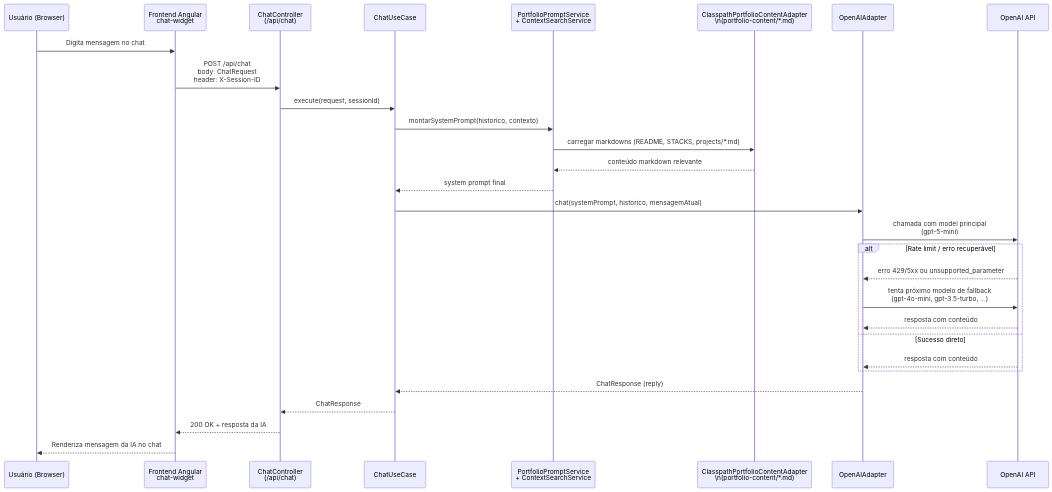
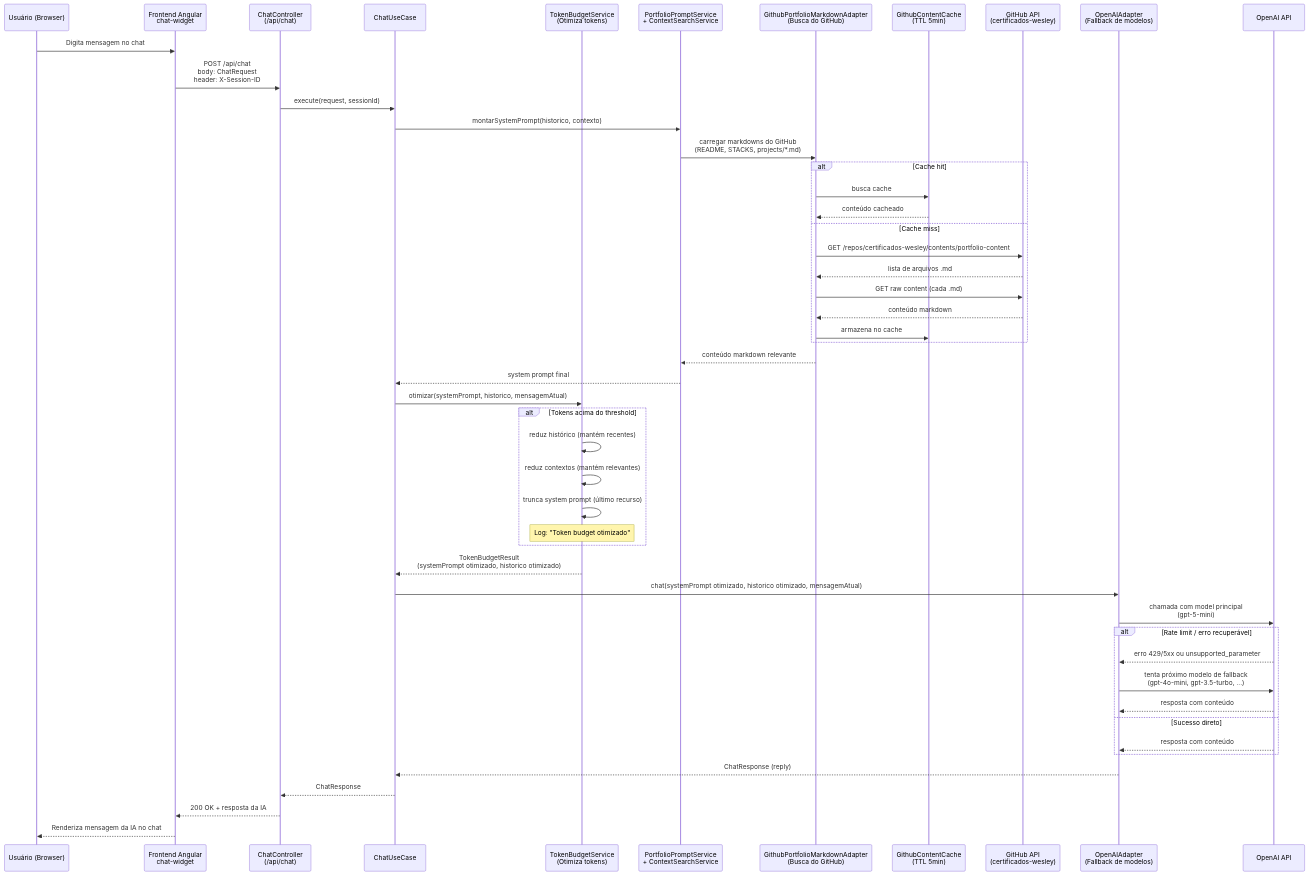
Before and after one commit to wmakeouthill/wmakeouthill.github.io: the second of 2 diagrams in README.md, drawn with Mermaid. The commit also changed other lines of this file and 4 other files, not shown here.

````diff
--- a/README.md
+++ b/README.md
@@ -406,34 +433,59 @@
 ```mermaid
 sequenceDiagram
     participant U as Usuário (Browser)
     participant FW as Frontend Angular<br/>chat-widget
     participant C as ChatController<br/>(/api/chat)
     participant UC as ChatUseCase
+    participant TB as TokenBudgetService<br/>(Otimiza tokens)
     participant PS as PortfolioPromptService<br/>+ ContextSearchService
-    participant MD as ClasspathPortfolioContentAdapter<br/>\n(portfolio-content/*.md)
-    participant AI as OpenAIAdapter
+    participant GH_MD as GithubPortfolioMarkdownAdapter<br/>(Busca do GitHub)
+    participant CACHE as GithubContentCache<br/>(TTL 5min)
+    participant GH_API as GitHub API<br/>(certificados-wesley)
+    participant AI as OpenAIAdapter<br/>(Fallback de modelos)
     participant OA as OpenAI API
 
     U->>FW: Digita mensagem no chat
     FW->>C: POST /api/chat<br/>body: ChatRequest<br/>header: X-Session-ID
     C->>UC: execute(request, sessionId)
+    
     UC->>PS: montarSystemPrompt(historico, contexto)
-    PS->>MD: carregar markdowns (README, STACKS, projects/*.md)
-    MD-->>PS: conteúdo markdown relevante
+    PS->>GH_MD: carregar markdowns do GitHub<br/>(README, STACKS, projects/*.md)
+    
+    alt Cache hit
+        GH_MD->>CACHE: busca cache
+        CACHE-->>GH_MD: conteúdo cacheado
+    else Cache miss
+        GH_MD->>GH_API: GET /repos/certificados-wesley/contents/portfolio-content
+        GH_API-->>GH_MD: lista de arquivos .md
+        GH_MD->>GH_API: GET raw content (cada .md)
+        GH_API-->>GH_MD: conteúdo markdown
+        GH_MD->>CACHE: armazena no cache
+    end
+    
+    GH_MD-->>PS: conteúdo markdown relevante
     PS-->>UC: system prompt final
 
-    UC->>AI: chat(systemPrompt, historico, mensagemAtual)
+    UC->>TB: otimizar(systemPrompt, historico, mensagemAtual)
+    alt Tokens acima do threshold
+        TB->>TB: reduz histórico (mantém recentes)
+        TB->>TB: reduz contextos (mantém relevantes)
+        TB->>TB: trunca system prompt (último recurso)
+        Note over TB: Log: "Token budget otimizado"
+    end
+    TB-->>UC: TokenBudgetResult<br/>(systemPrompt otimizado, historico otimizado)
+
+    UC->>AI: chat(systemPrompt otimizado, historico otimizado, mensagemAtual)
     AI->>OA: chamada com model principal<br/>(gpt-5-mini)
     alt Rate limit / erro recuperável
         OA-->>AI: erro 429/5xx ou unsupported_parameter
         AI->>OA: tenta próximo modelo de fallback<br/>(gpt-4o-mini, gpt-3.5-turbo, ...)
         OA-->>AI: resposta com conteúdo
     else Sucesso direto
         OA-->>AI: resposta com conteúdo
     end
 
     AI-->>UC: ChatResponse (reply)
     UC-->>C: ChatResponse
     C-->>FW: 200 OK + resposta da IA
     FW-->>U: Renderiza mensagem da IA no chat
 ```
````
